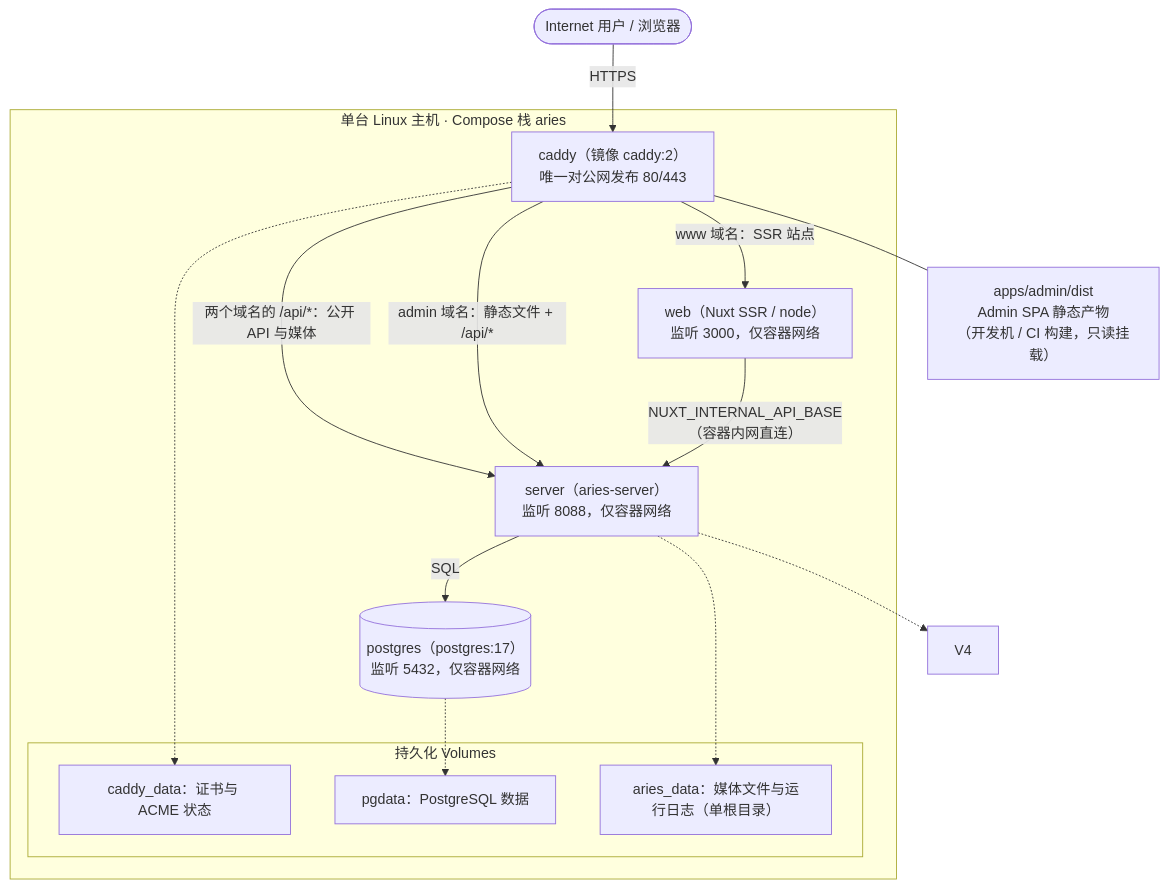
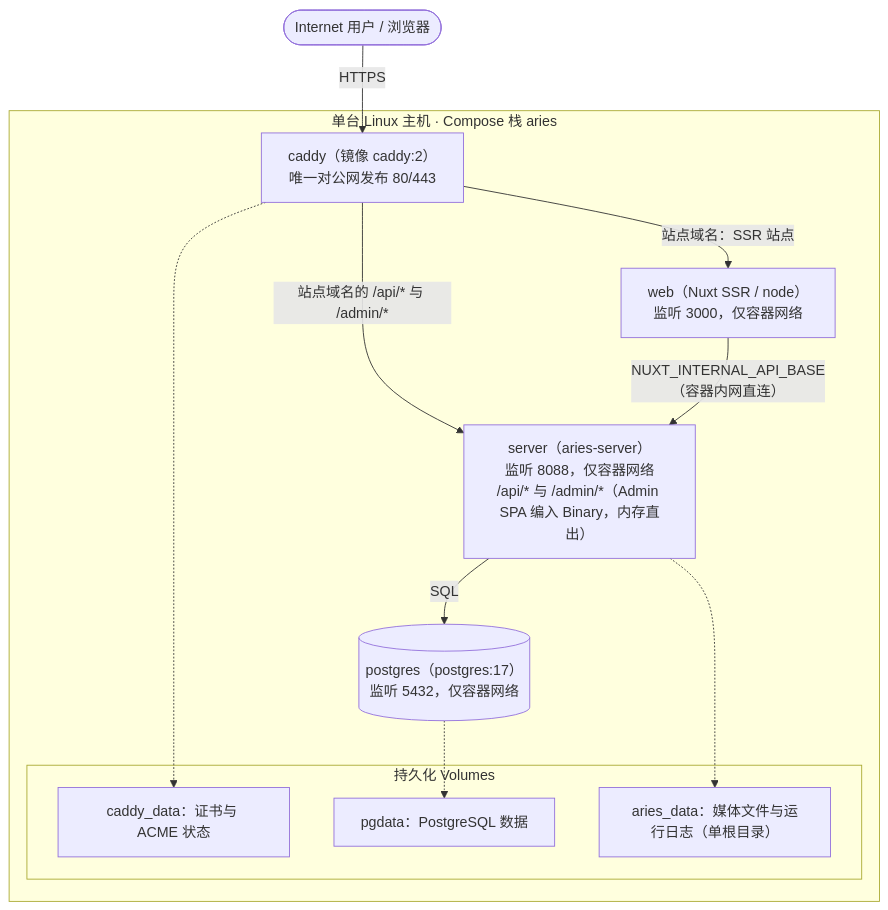
The diagram in docs/docker-deployment.md (zhaoyangkun/aries-next), drawn with Mermaid before and after one commit. The commit also changed other lines of this file and 17 other files, not shown here.

First line of the commit message:
refactor(deploy): serve admin SPA from aries-server at /admin/

````diff
--- a/docs/docker-deployment.md
+++ b/docs/docker-deployment.md
@@ -51,32 +51,27 @@
 ```mermaid
 graph TB
     User(["Internet 用户 / 浏览器"])
 
     subgraph Host["单台 Linux 主机 · Compose 栈 aries"]
         Caddy["caddy（镜像 caddy:2）<br/>唯一对公网发布 80/443"]
-        Server["server（aries-server）<br/>监听 8088，仅容器网络"]
+        Server["server（aries-server）<br/>监听 8088，仅容器网络<br/>/api/* 与 /admin/*（Admin SPA 编入 Binary，内存直出）"]
         Web["web（Nuxt SSR / node）<br/>监听 3000，仅容器网络"]
         PG[("postgres（postgres:17）<br/>监听 5432，仅容器网络")]
 
         subgraph Vols["持久化 Volumes"]
             V1["caddy_data：证书与 ACME 状态"]
             V2["pgdata：PostgreSQL 数据"]
             V3["aries_data：媒体文件与运行日志（单根目录）"]
         end
     end
 
-    AdminDist["apps/admin/dist<br/>Admin SPA 静态产物<br/>（开发机 / CI 构建，只读挂载）"]
-
     User -->|"HTTPS"| Caddy
-    Caddy -->|"www 域名：SSR 站点"| Web
-    Caddy -->|"两个域名的 /api/*：公开 API 与媒体"| Server
-    Caddy -->|"admin 域名：静态文件 + /api/*"| Server
-    Caddy --- AdminDist
+    Caddy -->|"站点域名：SSR 站点"| Web
+    Caddy -->|"站点域名的 /api/* 与 /admin/*"| Server
     Web -->|"NUXT_INTERNAL_API_BASE（容器内网直连）"| Server
     Server -->|"SQL"| PG
 
     Caddy -.-> V1
     PG -.-> V2
     Server -.-> V3
-    Server -.-> V4
 ```
````
